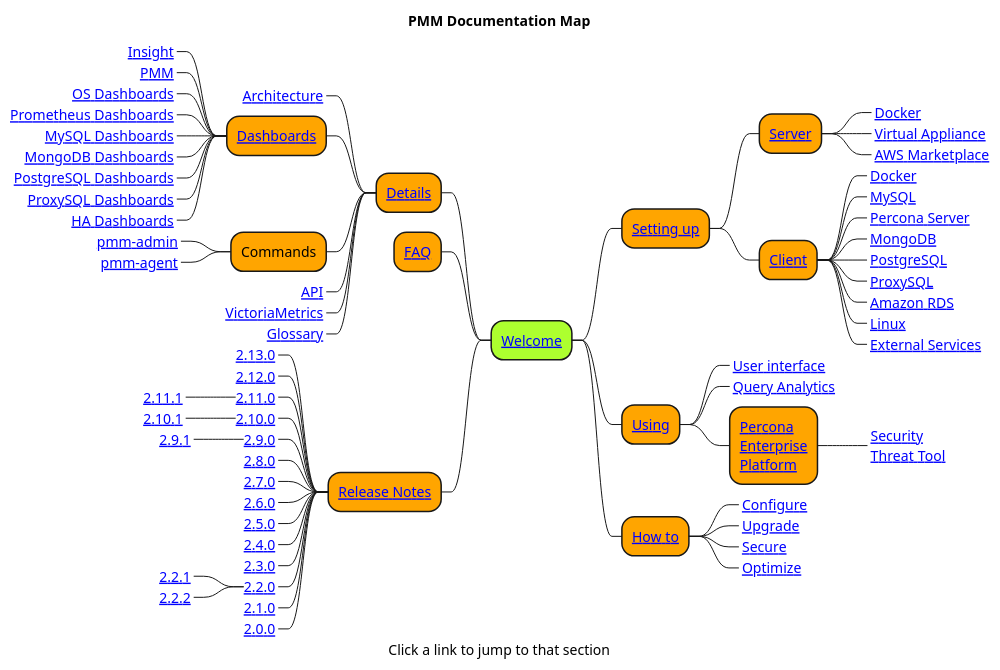
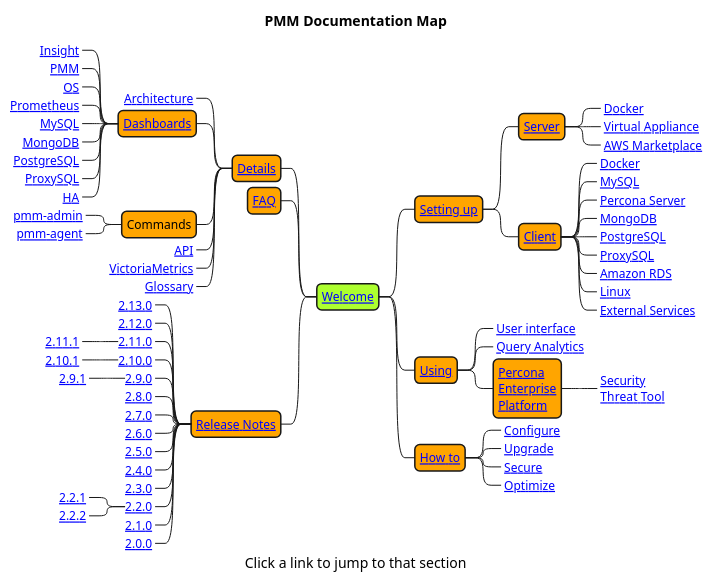
Before and after one commit to percona/pmm: the diagram in resources/Map.puml, drawn with PlantUML. The commit also changed 1 other file, not shown here.

```diff
--- a/resources/Map.puml
+++ b/resources/Map.puml
@@ -1,95 +1,98 @@
 @startmindmap "PMM_Documentation_Map"
 title PMM Documentation Map
 caption Click a link to jump to that section
-
-
+skinparam Shadowing false
 <style>
 mindmapDiagram {
   node {
+    FontSize 12
     BackgroundColor Orange
+    RoundCorner 10
+    Padding 5
+    Margin 3
   }
 }
 </style>
 
 *[#GreenYellow] [[https://www.percona.com/doc/percona-monitoring-and-management/2.x/index.html Welcome]]
 ** [[https://www.percona.com/doc/percona-monitoring-and-management/2.x/setting-up/ Setting up]]
 '*** [[https://www.percona.com/doc/percona-monitoring-and-management/2.x/setting-up/index.html Setting up: Overview]]
 *** [[https://www.percona.com/doc/percona-monitoring-and-management/2.x/setting-up/server/ Server]]
 '****_ [[https://www.percona.com/doc/percona-monitoring-and-management/2.x/setting-up/server/ Setting up PMM Server: Overview]]
 ****_ [[https://www.percona.com/doc/percona-monitoring-and-management/2.x/setting-up/server/docker.html Docker]]
 ****_ [[https://www.percona.com/doc/percona-monitoring-and-management/2.x/setting-up/server/virtual-appliance.html Virtual Appliance]]
 ****_ [[https://www.percona.com/doc/percona-monitoring-and-management/2.x/setting-up/server/aws.html AWS Marketplace]]
 *** [[https://www.percona.com/doc/percona-monitoring-and-management/2.x/setting-up/client/ Client]]
 '****_ [[https://www.percona.com/doc/percona-monitoring-and-management/2.x/setting-up/client/ Setting up PMM Clients]]
 ****_ [[https://www.percona.com/doc/percona-monitoring-and-management/2.x/setting-up/client/docker.html Docker]]
 ****_ [[https://www.percona.com/doc/percona-monitoring-and-management/2.x/setting-up/client/mysql.html MySQL]]
 ****_ [[https://www.percona.com/doc/percona-monitoring-and-management/2.x/setting-up/client/percona-server.html Percona Server]]
 ****_ [[https://www.percona.com/doc/percona-monitoring-and-management/2.x/setting-up/client/mongodb.html MongoDB]]
 ****_ [[https://www.percona.com/doc/percona-monitoring-and-management/2.x/setting-up/client/postgresql.html PostgreSQL]]
 ****_ [[https://www.percona.com/doc/percona-monitoring-and-management/2.x/setting-up/client/proxysql.html ProxySQL]]
 ****_ [[https://www.percona.com/doc/percona-monitoring-and-management/2.x/setting-up/client/aws.html Amazon RDS]]
 ****_ [[https://www.percona.com/doc/percona-monitoring-and-management/2.x/setting-up/client/linux.html Linux]]
 ****_ [[https://www.percona.com/doc/percona-monitoring-and-management/2.x/setting-up/client/external.html External Services]]
 
 ** [[https://www.percona.com/doc/percona-monitoring-and-management/2.x/using/ Using]]
 '***_ [[https://www.percona.com/doc/percona-monitoring-and-management/2.x/using/ Using: Overview]]
 ***_ [[https://www.percona.com/doc/percona-monitoring-and-management/2.x/using/interface.html User interface]]
 ***_ [[https://www.percona.com/doc/percona-monitoring-and-management/2.x/using/query-analytics.html Query Analytics]]
 *** [[https://www.percona.com/doc/percona-monitoring-and-management/2.x/using/platform/ Percona\nEnterprise\nPlatform]]
 '***_ [[https://www.percona.com/doc/percona-monitoring-and-management/2.x/using/platform/ About Percona Enterprise Platform]]
 ****_ [[https://www.percona.com/doc/percona-monitoring-and-management/2.x/using/platform/security-threat-tool.html Security\nThreat Tool]]
 
 ** [[https://www.percona.com/doc/percona-monitoring-and-management/2.x/how-to/ How to]]
 '***_ [[https://www.percona.com/doc/percona-monitoring-and-management/2.x/how-to/ How to: Overview]]
 ***_ [[https://www.percona.com/doc/percona-monitoring-and-management/2.x/how-to/configure.html Configure]]
 ***_ [[https://www.percona.com/doc/percona-monitoring-and-management/2.x/how-to/upgrade.html Upgrade]]
 ***_ [[https://www.percona.com/doc/percona-monitoring-and-management/2.x/how-to/secure.html Secure]]
 ***_ [[https://www.percona.com/doc/percona-monitoring-and-management/2.x/how-to/optimize.html Optimize]]
 
 left side
 
 
 ** [[https://www.percona.com/doc/percona-monitoring-and-management/2.x/details/ Details]]
 '***_ [[https://www.percona.com/doc/percona-monitoring-and-management/2.x/details/ Details: Overview]]
 ***_ [[https://www.percona.com/doc/percona-monitoring-and-management/2.x/details/architecture.html Architecture]]
 *** [[https://www.percona.com/doc/percona-monitoring-and-management/2.x/details/dashboards/ Dashboards]]
 ****_ [[https://www.percona.com/doc/percona-monitoring-and-management/2.x/details/dashboards/index.html#insight Insight]]
 ****_ [[https://www.percona.com/doc/percona-monitoring-and-management/2.x/details/dashboards/index.html#pmm PMM]]
-****_ [[https://www.percona.com/doc/percona-monitoring-and-management/2.x/details/dashboards/index.html#os-dashboards OS Dashboards]]
-****_ [[https://www.percona.com/doc/percona-monitoring-and-management/2.x/details/dashboards/index.html#prometheus-dashboards Prometheus Dashboards]]
-****_ [[https://www.percona.com/doc/percona-monitoring-and-management/2.x/details/dashboards/index.html#mysql-dashboards MySQL Dashboards]]
-****_ [[https://www.percona.com/doc/percona-monitoring-and-management/2.x/details/dashboards/index.html#mongodb-dashboards MongoDB Dashboards]]
-****_ [[https://www.percona.com/doc/percona-monitoring-and-management/2.x/details/dashboards/index.html#postgresql-dashboards PostgreSQL Dashboards]]
-****_ [[https://www.percona.com/doc/percona-monitoring-and-management/2.x/details/dashboards/index.html#proxysql-dashboards ProxySQL Dashboards]]
-****_ [[https://www.percona.com/doc/percona-monitoring-and-management/2.x/details/dashboards/index.html#ha-dashboards HA Dashboards]]
+****_ [[https://www.percona.com/doc/percona-monitoring-and-management/2.x/details/dashboards/index.html#os-dashboards OS]]
+****_ [[https://www.percona.com/doc/percona-monitoring-and-management/2.x/details/dashboards/index.html#prometheus-dashboards Prometheus]]
+****_ [[https://www.percona.com/doc/percona-monitoring-and-management/2.x/details/dashboards/index.html#mysql-dashboards MySQL]]
+****_ [[https://www.percona.com/doc/percona-monitoring-and-management/2.x/details/dashboards/index.html#mongodb-dashboards MongoDB]]
+****_ [[https://www.percona.com/doc/percona-monitoring-and-management/2.x/details/dashboards/index.html#postgresql-dashboards PostgreSQL]]
+****_ [[https://www.percona.com/doc/percona-monitoring-and-management/2.x/details/dashboards/index.html#proxysql-dashboards ProxySQL]]
+****_ [[https://www.percona.com/doc/percona-monitoring-and-management/2.x/details/dashboards/index.html#ha-dashboards HA]]
 
 *** Commands
 ****_ [[https://www.percona.com/doc/percona-monitoring-and-management/2.x/details/commands/pmm-admin.html pmm-admin]]
 ****_ [[https://www.percona.com/doc/percona-monitoring-and-management/2.x/details/commands/pmm-agent.html pmm-agent]]
 ***_ [[https://www.percona.com/doc/percona-monitoring-and-management/2.x/details/api.html API]]
 ***_ [[https://www.percona.com/doc/percona-monitoring-and-management/2.x/details/victoria-metrics.html VictoriaMetrics]]
 ***_ [[https://www.percona.com/doc/percona-monitoring-and-management/2.x/details/glossary.html Glossary]]
 
 ** [[https://www.percona.com/doc/percona-monitoring-and-management/2.x/faq.html FAQ]]
 
 ** [[https://www.percona.com/doc/percona-monitoring-and-management/2.x/release-notes/ Release Notes]]
 ***_ [[https://www.percona.com/doc/percona-monitoring-and-management/2.x/release-notes/2.13.0.html 2.13.0]]
 ***_ [[https://www.percona.com/doc/percona-monitoring-and-management/2.x/release-notes/2.12.0.html 2.12.0]]
 ***_ [[https://www.percona.com/doc/percona-monitoring-and-management/2.x/release-notes/2.11.0.html 2.11.0]]
 ****_ [[https://www.percona.com/doc/percona-monitoring-and-management/2.x/release-notes/2.11.1.html 2.11.1]]
 ***_ [[https://www.percona.com/doc/percona-monitoring-and-management/2.x/release-notes/2.10.0.html 2.10.0]]
 ****_ [[https://www.percona.com/doc/percona-monitoring-and-management/2.x/release-notes/2.10.1.html 2.10.1]]
 ***_ [[https://www.percona.com/doc/percona-monitoring-and-management/2.x/release-notes/2.9.0.html 2.9.0]]
 ****_ [[https://www.percona.com/doc/percona-monitoring-and-management/2.x/release-notes/2.9.1.html 2.9.1]]
 ***_ [[https://www.percona.com/doc/percona-monitoring-and-management/2.x/release-notes/2.8.0.html 2.8.0]]
 ***_ [[https://www.percona.com/doc/percona-monitoring-and-management/2.x/release-notes/2.7.0.html 2.7.0]]
 ***_ [[https://www.percona.com/doc/percona-monitoring-and-management/2.x/release-notes/2.6.0.html 2.6.0]]
 ***_ [[https://www.percona.com/doc/percona-monitoring-and-management/2.x/release-notes/2.5.0.html 2.5.0]]
 ***_ [[https://www.percona.com/doc/percona-monitoring-and-management/2.x/release-notes/2.4.0.html 2.4.0]]
 ***_ [[https://www.percona.com/doc/percona-monitoring-and-management/2.x/release-notes/2.3.0.html 2.3.0]]
 ***_ [[https://www.percona.com/doc/percona-monitoring-and-management/2.x/release-notes/2.2.0.html 2.2.0]]
 ****_ [[https://www.percona.com/doc/percona-monitoring-and-management/2.x/release-notes/2.2.1.html 2.2.1]]
 ****_ [[https://www.percona.com/doc/percona-monitoring-and-management/2.x/release-notes/2.2.2.html 2.2.2]]
 ***_ [[https://www.percona.com/doc/percona-monitoring-and-management/2.x/release-notes/2.1.0.html 2.1.0]]
 ***_ [[https://www.percona.com/doc/percona-monitoring-and-management/2.x/release-notes/2.0.0.html 2.0.0]]
 @endmindmap
```
